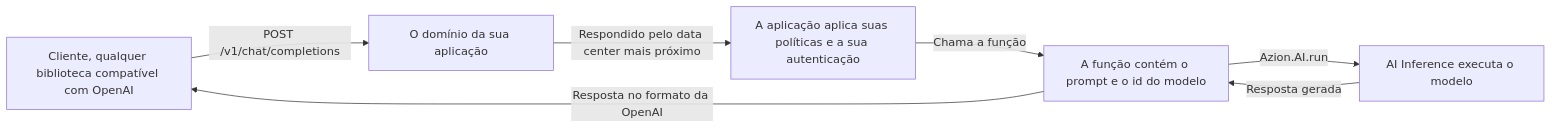
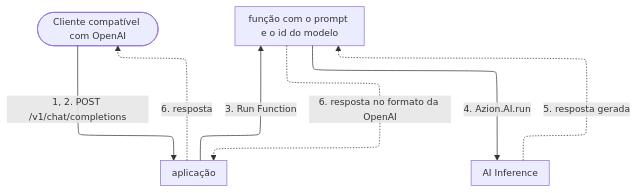
Before and after one commit to aziontech/docs: the diagram in apps/docs/src/content/docs/pt-br/pages/arquiteturas/artificial-intelligence/ai-inference-architecture.mdx, drawn with Mermaid. The commit also changed other lines of this file and 179 other files, not shown here.

Commit message:
docs(diagrams): redraw every other diagram in the use-case diagram style (#2513)

````diff
--- a/apps/docs/src/content/docs/pt-br/pages/arquiteturas/artificial-intelligence/ai-inference-architecture.mdx
+++ b/apps/docs/src/content/docs/pt-br/pages/arquiteturas/artificial-intelligence/ai-inference-architecture.mdx
@@ -25,9 +25,14 @@
 ```mermaid
-flowchart LR
-  Client["Cliente, qualquer biblioteca compatível com OpenAI"] -->|"POST /v1/chat/completions"| Domain["O domínio da sua aplicação"]
-  Domain -->|"Respondido pelo data center mais próximo"| App["A aplicação aplica suas políticas e a sua autenticação"]
-  App -->|"Chama a função"| Fn["A função contém o prompt e o id do modelo"]
-  Fn -->|"Azion.AI.run"| AI["AI Inference executa o modelo"]
-  AI -->|"Resposta gerada"| Fn
-  Fn -->|"Resposta no formato da OpenAI"| Client
+%%{init: {"layout": "elk", "elk": {"cycleBreakingStrategy": "MODEL_ORDER"}, "themeVariables": {"fontSize": "13px"}, "flowchart": {"nodeSpacing": 24, "rankSpacing": 36, "padding": 8, "wrappingWidth": 150, "useMaxWidth": true}, "sequence": {"width": 120, "actorMargin": 30, "useMaxWidth": true}}}%%
+flowchart TD
+  Client(["Cliente compatível com OpenAI"])
+  App["aplicação"]
+  Fn["função com o prompt e o id do modelo"]
+  AI["AI Inference"]
+  Client -->|"1, 2. POST /v1/chat/completions"| App
+  App -->|"3. Run Function"| Fn
+  Fn -->|"4. Azion.AI.run"| AI
+  AI -.->|"5. resposta gerada"| Fn
+  Fn -.->|"6. resposta no formato da OpenAI"| App
+  App -.->|"6. resposta"| Client
 ```
````
